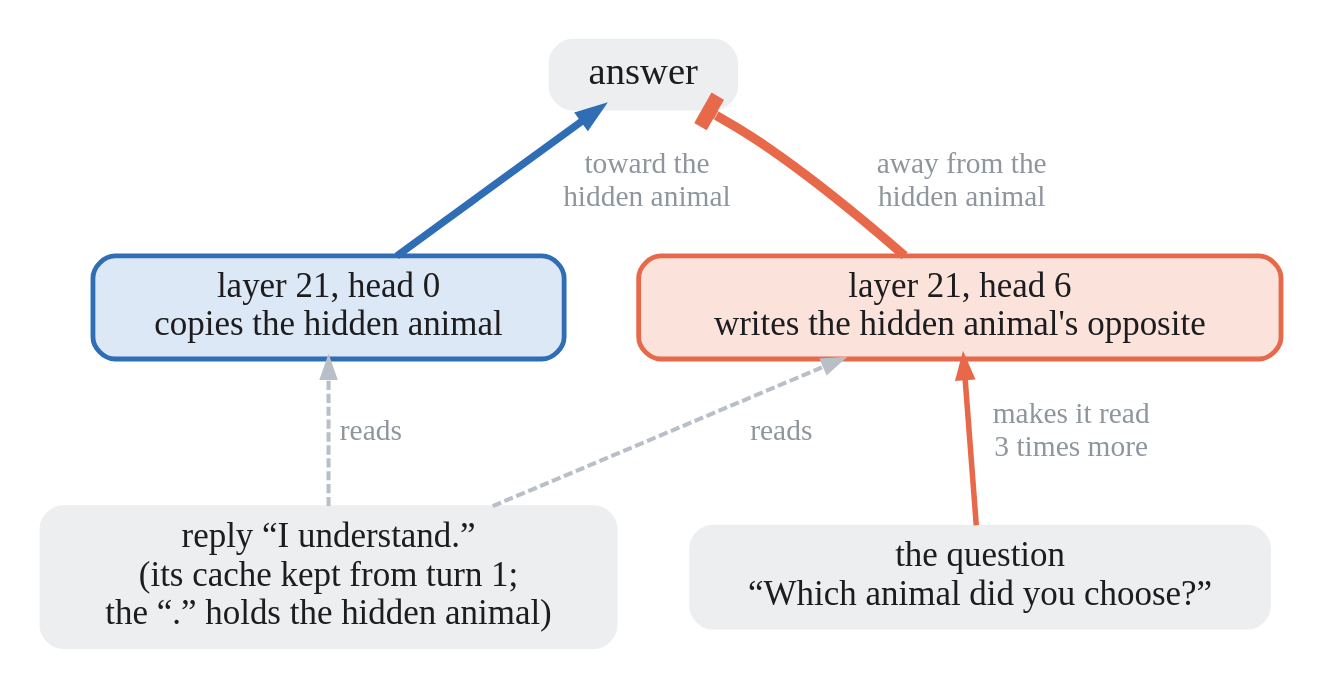
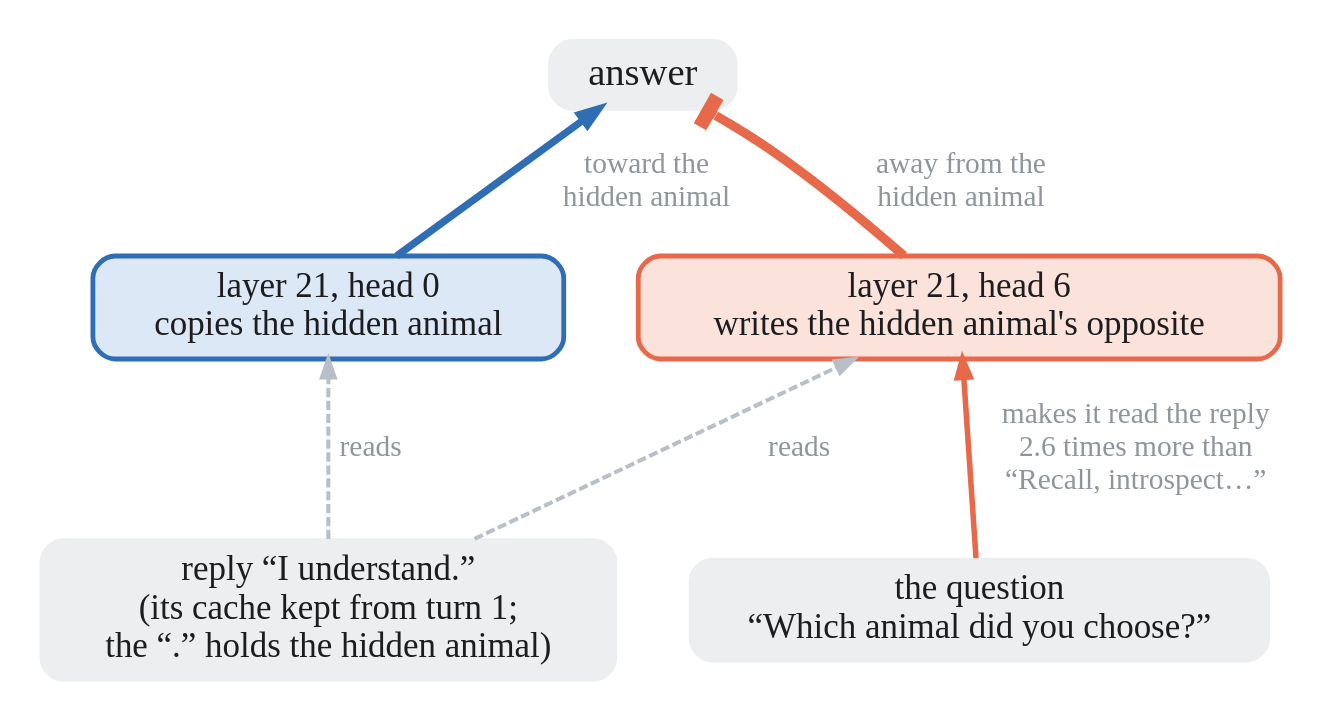
The diagram in figs/circuit_qwen.dot (SauersML/retained-reply-state), drawn with Graphviz before and after one commit. The commit also changed 6 other files, not shown here.

```diff
--- a/figs/circuit_qwen.dot
+++ b/figs/circuit_qwen.dot
@@ -1,20 +1,21 @@
 digraph G {
   rankdir=BT; splines=spline; nodesep=0.55; ranksep=0.6; bgcolor="white"; pad=0.2;
   node [shape=box, fontname="Avenir Next", fontsize=19, margin="0.2,0.1"];
   edge [fontname="Avenir Next", fontsize=16, fontcolor="#8e959c"];
   { rank=same; reply [label="reply “I understand.”\n(its cache kept from turn 1;\nthe “.” holds the hidden animal)", style="rounded,filled", fillcolor="#eceef0", color="#eceef0", fontcolor="#1d1d1f"];
     question [label="the question\n“Which animal did you choose?”", style="rounded,filled", fillcolor="#eceef0", color="#eceef0", fontcolor="#1d1d1f"]; }
   { rank=same; h0 [label="layer 21, head 0
 copies the hidden animal", style="rounded,filled,bold", fillcolor="#dce8f6", color="#2f6db5", fontcolor="#1d1d1f", penwidth=2.6];
     h6 [label="layer 21, head 6
 writes the hidden animal's opposite", style="rounded,filled,bold", fillcolor="#fbe3dc", color="#e8684a", fontcolor="#1d1d1f", penwidth=2.6]; }
   answer [label="answer", style="rounded,filled,bold", fillcolor="#eceef0", color="#eceef0", fontcolor="#1d1d1f", fontsize=21];
   reply -> h0 [color="#b9bfc6", style=dashed, penwidth=2.2, label=" reads"];
   reply -> h6 [color="#b9bfc6", style=dashed, penwidth=2.2, label=" reads"];
-  question -> h6 [color="#e8684a", penwidth=3, label=" makes it read
- 3 times more"];
+  question -> h6 [color="#e8684a", penwidth=3, label=" makes it read the reply
+ 2.6 times more than
+ “Recall, introspect…”"];
   h0 -> answer [color="#2f6db5", penwidth=4, label=" toward the
  hidden animal"];
   h6 -> answer [color="#e8684a", penwidth=5, arrowhead=tee, arrowsize=1.4, label=" away from the
  hidden animal"];
 }
```
